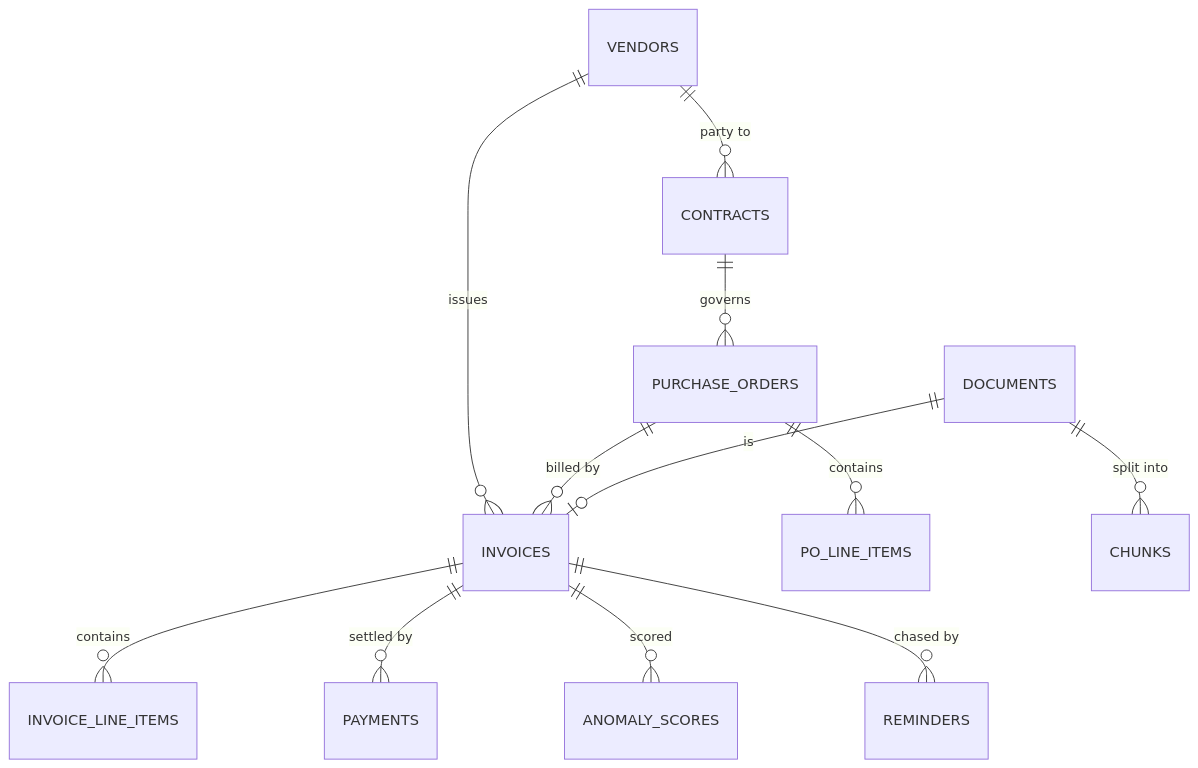
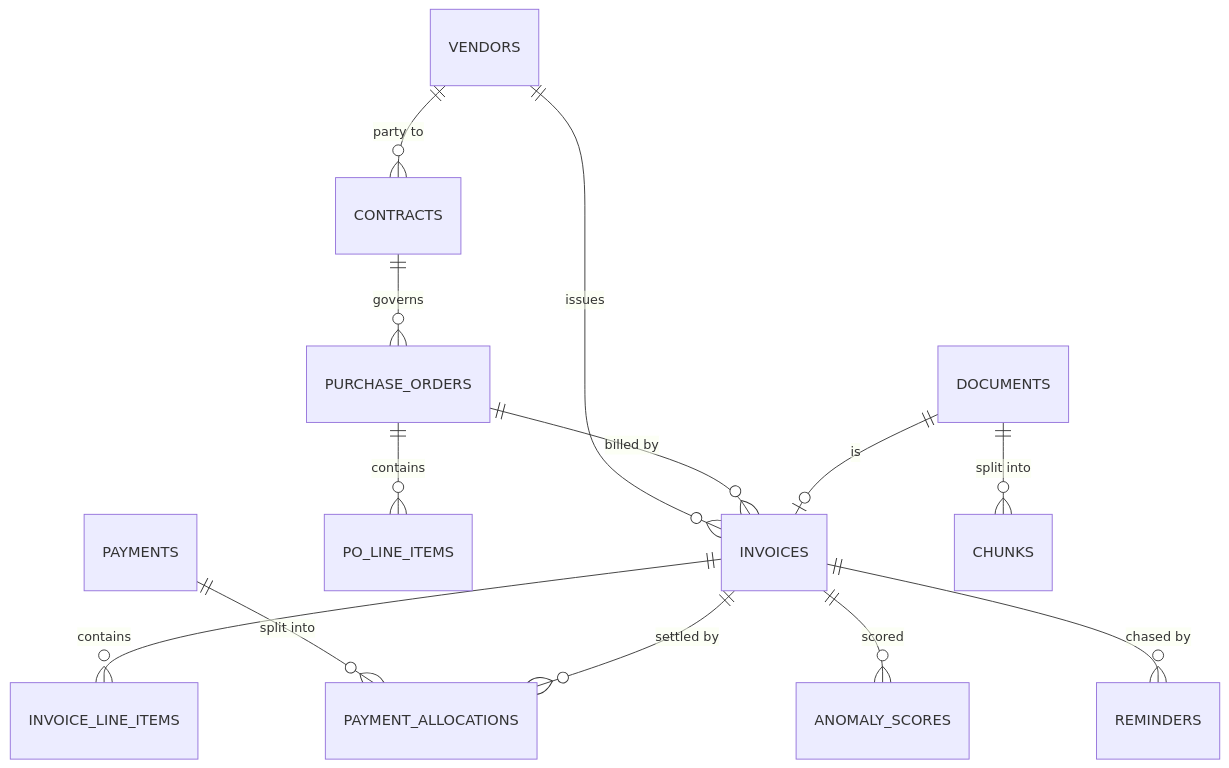
The first of 2 diagrams in docs/layers/02-storage.md (Sam15b/LedgerLens), drawn with Mermaid before and after one commit. The commit also changed other lines of this file, not shown here.

First line of the commit message:
docs(storage): document payment allocations, record ids and migrations

````diff
--- a/docs/layers/02-storage.md
+++ b/docs/layers/02-storage.md
@@ -74,14 +74,15 @@
 ```mermaid
 erDiagram
     VENDORS ||--o{ INVOICES : issues
     VENDORS ||--o{ CONTRACTS : "party to"
     CONTRACTS ||--o{ PURCHASE_ORDERS : governs
     PURCHASE_ORDERS ||--o{ INVOICES : "billed by"
     INVOICES ||--o{ INVOICE_LINE_ITEMS : contains
     PURCHASE_ORDERS ||--o{ PO_LINE_ITEMS : contains
-    INVOICES ||--o{ PAYMENTS : "settled by"
+    PAYMENTS ||--o{ PAYMENT_ALLOCATIONS : "split into"
+    INVOICES ||--o{ PAYMENT_ALLOCATIONS : "settled by"
     DOCUMENTS ||--o{ CHUNKS : "split into"
     DOCUMENTS ||--o| INVOICES : "is"
     INVOICES ||--o{ ANOMALY_SCORES : scored
     INVOICES ||--o{ REMINDERS : "chased by"
 ```
````
